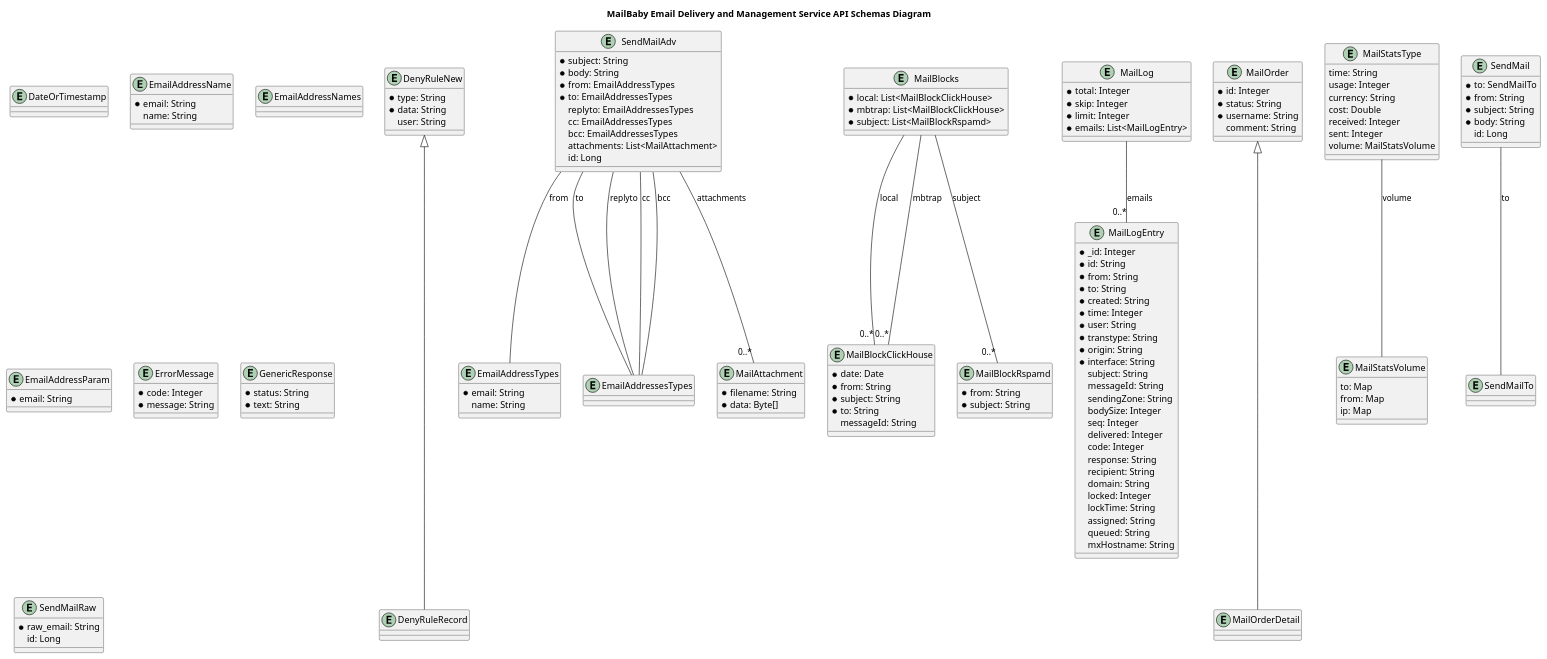
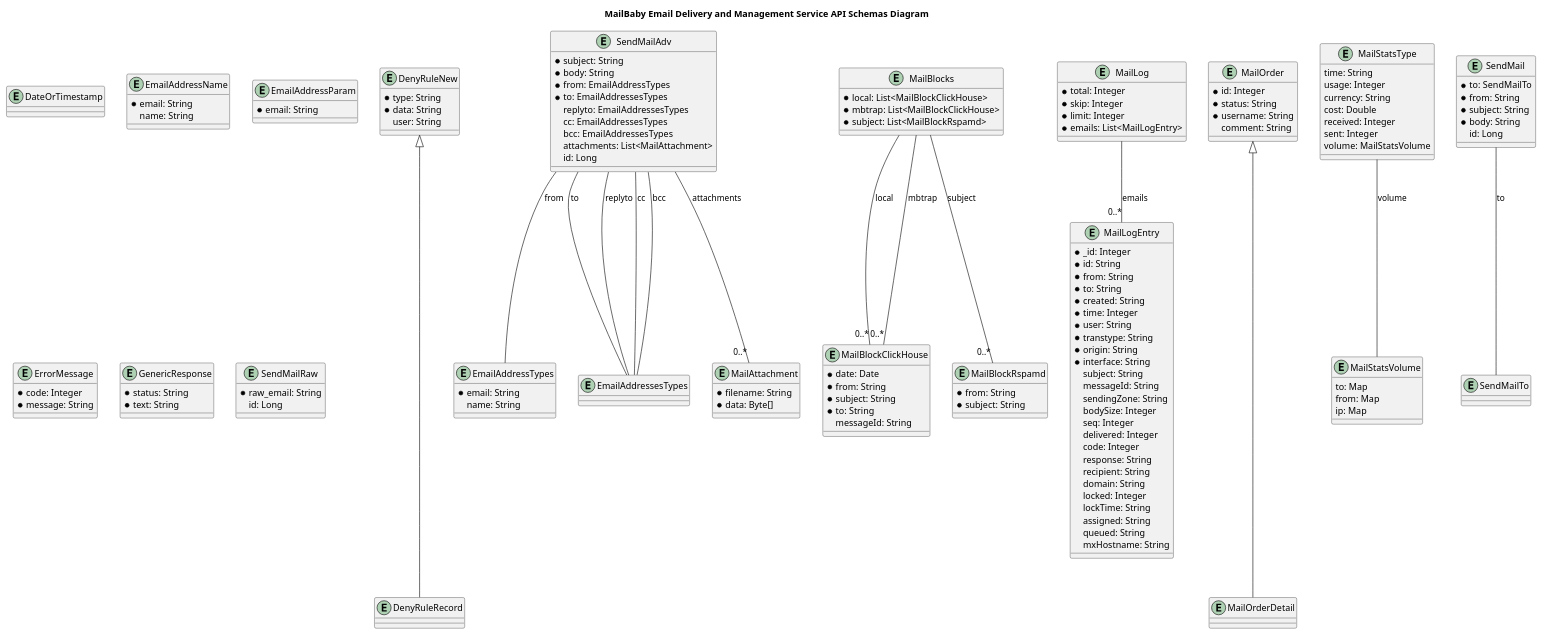
One commit to interserver/mailbaby-api-samples changed the diagram in openapi-documentation/plantuml/schemas.plantuml. Above: the diagram before and after it, drawn with PlantUML. The commit also changed 7283 other files, not shown here.

```diff
--- a/openapi-documentation/plantuml/schemas.plantuml
+++ b/openapi-documentation/plantuml/schemas.plantuml
@@ -1,176 +1,173 @@
 @startuml
 
 title MailBaby Email Delivery and Management Service API Schemas Diagram
 
 entity DateOrTimestamp {
 }
 
 entity DenyRuleNew {
     * type: String
     * data: String
     user: String
 }
 
 entity DenyRuleRecord {
 }
 
 entity EmailAddressName {
     * email: String
     name: String
-}
-
-entity EmailAddressNames {
 }
 
 entity EmailAddressParam {
     * email: String
 }
 
 entity EmailAddressTypes {
     * email: String
     name: String
 }
 
 entity EmailAddressesTypes {
 }
 
 entity ErrorMessage {
     * code: Integer
     * message: String
 }
 
 entity GenericResponse {
     * status: String
     * text: String
 }
 
 entity MailAttachment {
     * filename: String
     * data: Byte[]
 }
 
 entity MailBlockClickHouse {
     * date: Date
     * from: String
     * subject: String
     * to: String
     messageId: String
 }
 
 entity MailBlockRspamd {
     * from: String
     * subject: String
 }
 
 entity MailBlocks {
     * local: List<MailBlockClickHouse>
     * mbtrap: List<MailBlockClickHouse>
     * subject: List<MailBlockRspamd>
 }
 
 entity MailLog {
     * total: Integer
     * skip: Integer
     * limit: Integer
     * emails: List<MailLogEntry>
 }
 
 entity MailLogEntry {
     * _id: Integer
     * id: String
     * from: String
     * to: String
     * created: String
     * time: Integer
     * user: String
     * transtype: String
     * origin: String
     * interface: String
     subject: String
     messageId: String
     sendingZone: String
     bodySize: Integer
     seq: Integer
     delivered: Integer
     code: Integer
     response: String
     recipient: String
     domain: String
     locked: Integer
     lockTime: String
     assigned: String
     queued: String
     mxHostname: String
 }
 
 entity MailOrder {
     * id: Integer
     * status: String
     * username: String
     comment: String
 }
 
 entity MailOrderDetail {
 }
 
 entity MailStatsType {
     time: String
     usage: Integer
     currency: String
     cost: Double
     received: Integer
     sent: Integer
     volume: MailStatsVolume
 }
 
 entity MailStatsVolume {
     to: Map
     from: Map
     ip: Map
 }
 
 entity SendMail {
     * to: SendMailTo
     * from: String
     * subject: String
     * body: String
     id: Long
 }
 
 entity SendMailAdv {
     * subject: String
     * body: String
     * from: EmailAddressTypes
     * to: EmailAddressesTypes
     replyto: EmailAddressesTypes
     cc: EmailAddressesTypes
     bcc: EmailAddressesTypes
     attachments: List<MailAttachment>
     id: Long
 }
 
 entity SendMailRaw {
     * raw_email: String
     id: Long
 }
 
 entity SendMailTo {
 }
 
 DenyRuleNew <|--- DenyRuleRecord
 MailOrder <|--- MailOrderDetail
 
 MailStatsType -- MailStatsVolume : volume
 SendMailAdv -- EmailAddressTypes : from
 SendMailAdv -- EmailAddressesTypes : to
 SendMailAdv -- EmailAddressesTypes : replyto
 SendMailAdv -- EmailAddressesTypes : cc
 SendMailAdv -- EmailAddressesTypes : bcc
 SendMailAdv -- "0..*" MailAttachment : attachments
 SendMail -- SendMailTo : to
 MailLog -- "0..*" MailLogEntry : emails
 MailBlocks -- "0..*" MailBlockClickHouse : local
 MailBlocks -- "0..*" MailBlockClickHouse : mbtrap
 MailBlocks -- "0..*" MailBlockRspamd : subject
 
 @enduml
```
